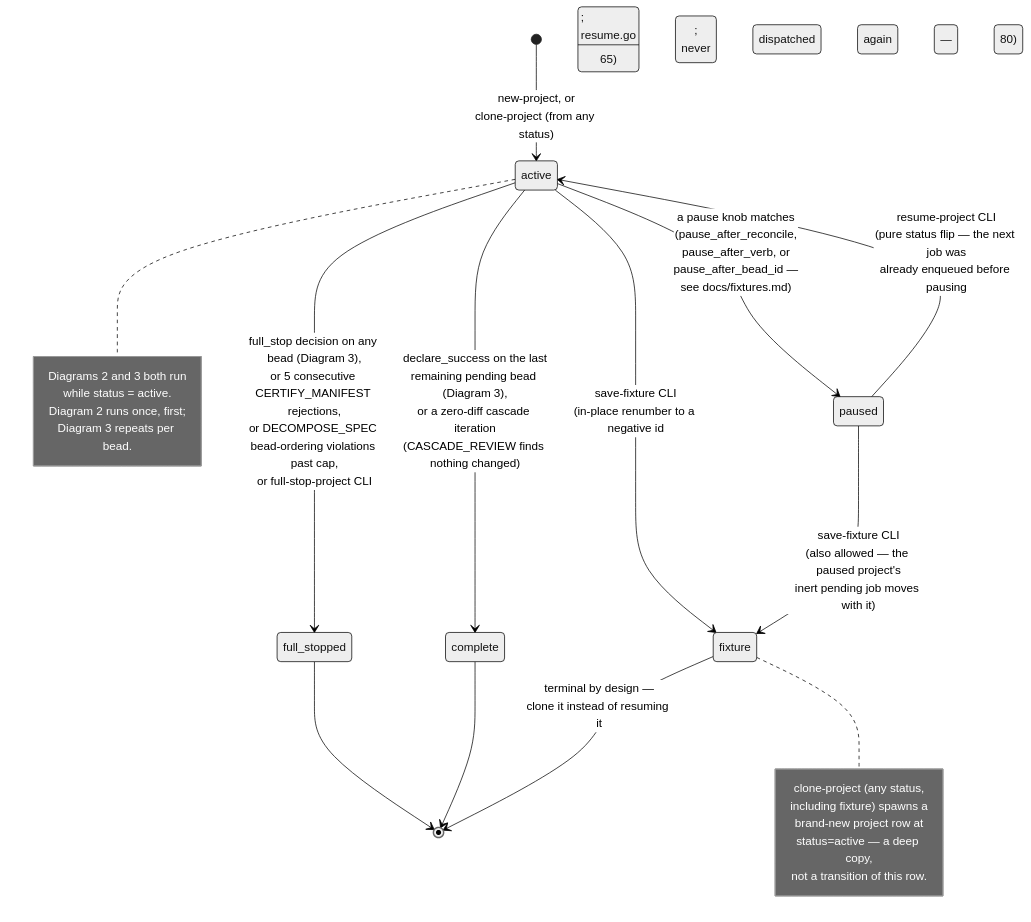
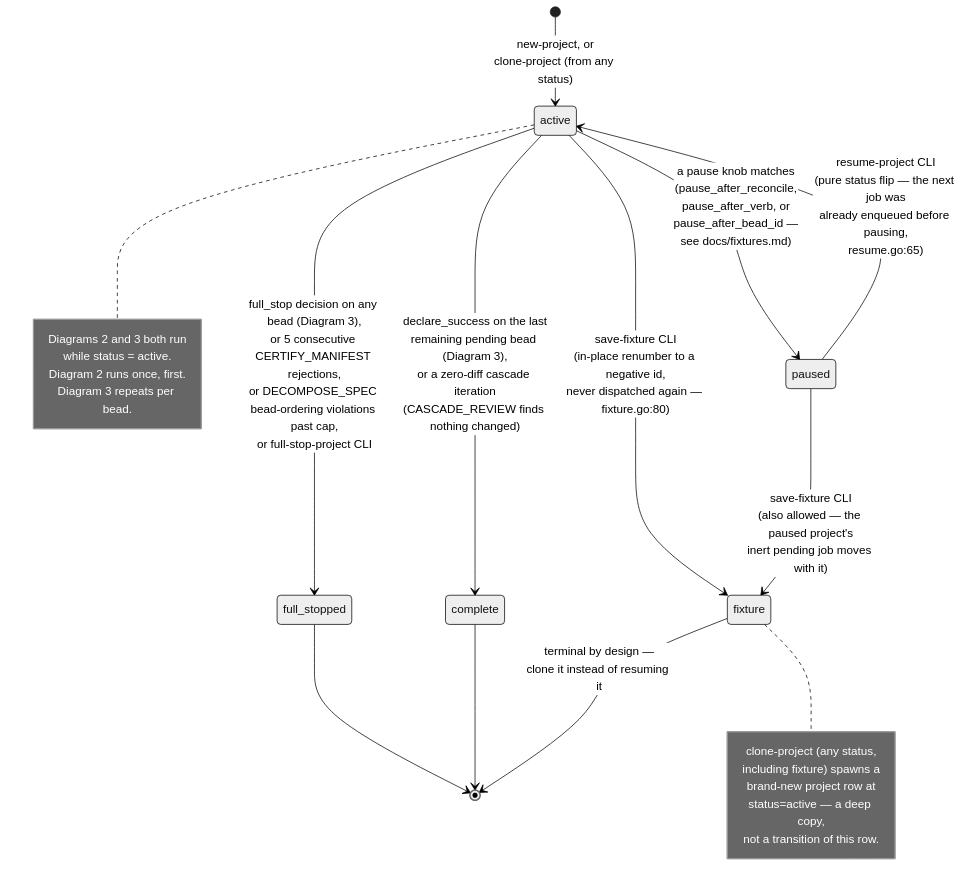
One commit to lehmann314159/ratchet changed the first of 4 diagrams in docs/ratchet_state_machine.md. Above: the diagram before and after it, drawn with Mermaid (neutral theme). The commit also changed other lines of this file and 3 other files, not shown here.

First line of the commit message:
docs: regenerate FSM diagram PNGs from the updated Mermaid source

````diff
--- a/docs/ratchet_state_machine.md
+++ b/docs/ratchet_state_machine.md
@@ -30,28 +34,28 @@
 ```mermaid
 stateDiagram-v2
     [*] --> active : new-project, or<br/>clone-project (from any status)
     active --> paused : a pause knob matches<br/>(pause_after_reconcile,<br/>pause_after_verb, or<br/>pause_after_bead_id —<br/>see docs/fixtures.md)
-    paused --> active : resume-project CLI<br/>(pure status flip — the next job was<br/>already enqueued before pausing;<br/>resume.go:65)
+    paused --> active : resume-project CLI<br/>(pure status flip — the next job was<br/>already enqueued before pausing,<br/>resume.go:65)
     active --> full_stopped : full_stop decision on any bead (Diagram 3),<br/>or 5 consecutive CERTIFY_MANIFEST rejections,<br/>or DECOMPOSE_SPEC bead-ordering violations past cap,<br/>or full-stop-project CLI
     active --> complete : declare_success on the last<br/>remaining pending bead (Diagram 3),<br/>or a zero-diff cascade iteration<br/>(CASCADE_REVIEW finds nothing changed)
-    active --> fixture : save-fixture CLI<br/>(in-place renumber to a negative id;<br/>never dispatched again — fixture.go:80)
+    active --> fixture : save-fixture CLI<br/>(in-place renumber to a negative id,<br/>never dispatched again — fixture.go:80)
     paused --> fixture : save-fixture CLI<br/>(also allowed — the paused project's<br/>inert pending job moves with it)
     full_stopped --> [*]
     complete --> [*]
     fixture --> [*] : terminal by design —<br/>clone it instead of resuming it
 
     note right of active
       Diagrams 2 and 3 both run
       while status = active.
-      Diagram 2 runs once, first;
+      Diagram 2 runs once, first.
       Diagram 3 repeats per bead.
     end note
 
     note right of fixture
       clone-project (any status,
       including fixture) spawns a
       brand-new project row at
       status=active — a deep copy,
       not a transition of this row.
     end note
 ```
````
